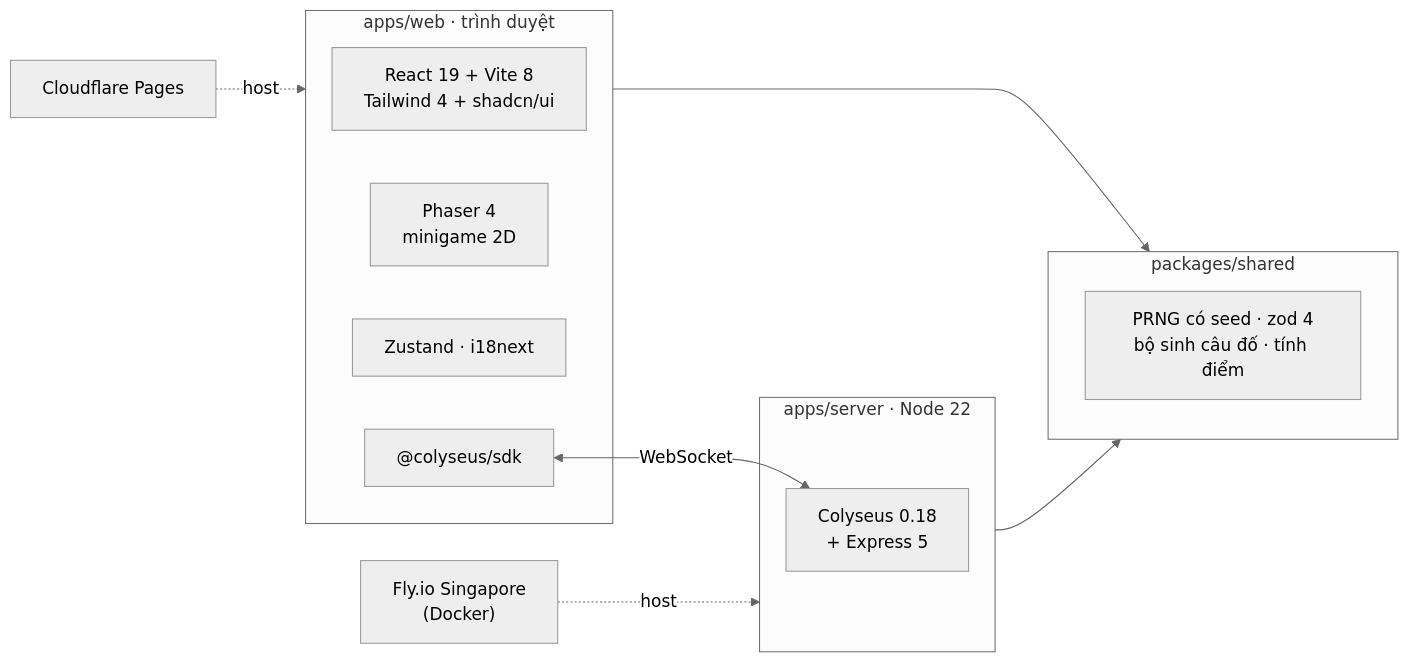
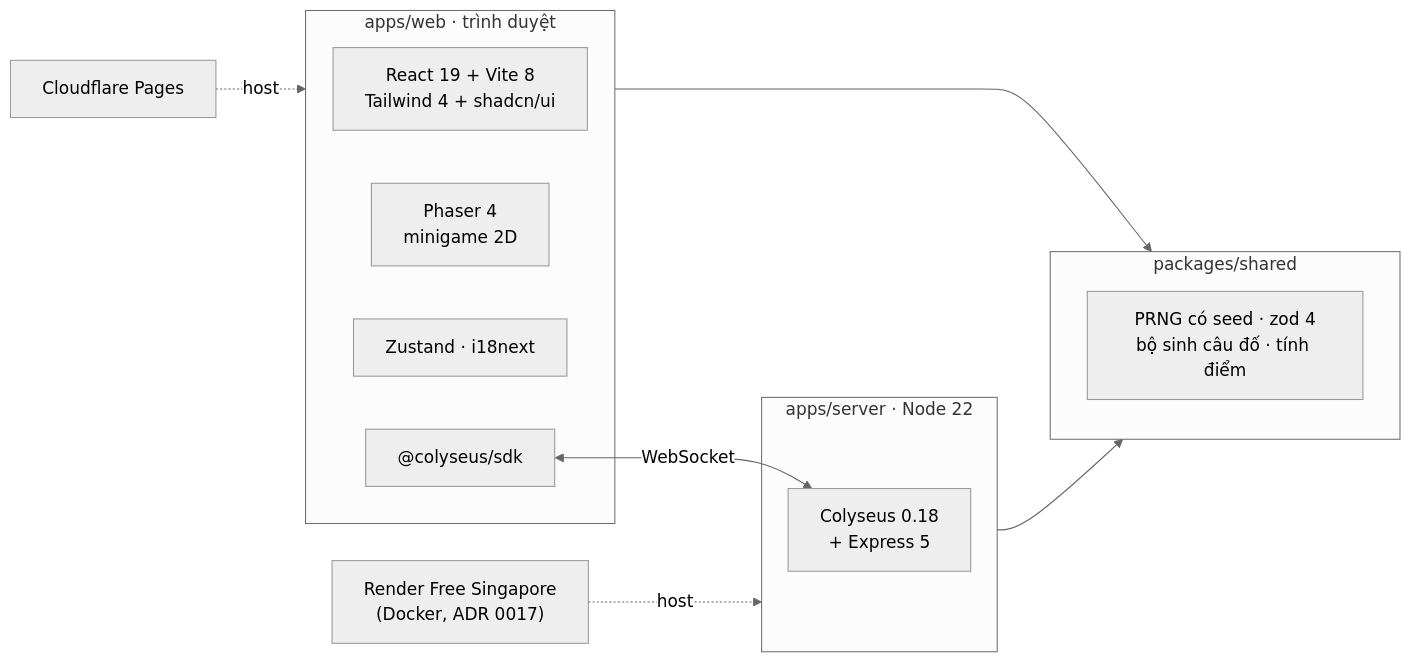
The diagram in docs/02-architecture/tech-stack.md (hungdinh-dev/brain-rizz), drawn with Mermaid (neutral theme) before and after one commit. The commit also changed other lines of this file and 8 other files, not shown here.

First line of the commit message:
chore(deploy): Blueprint Render Free cho game server, hướng dẫn deploy

````diff
--- a/docs/02-architecture/tech-stack.md
+++ b/docs/02-architecture/tech-stack.md
@@ -13,20 +13,20 @@
 ```mermaid
 flowchart LR
   subgraph web["apps/web · trình duyệt"]
     R["React 19 + Vite 8<br/>Tailwind 4 + shadcn/ui"]
     P["Phaser 4<br/>minigame 2D"]
     Z["Zustand · i18next"]
     SDK["@colyseus/sdk"]
   end
   subgraph shared["packages/shared"]
     S["PRNG có seed · zod 4<br/>bộ sinh câu đố · tính điểm"]
   end
   subgraph server["apps/server · Node 22"]
     C["Colyseus 0.18<br/>+ Express 5"]
   end
   SDK <-->|WebSocket| C
   web --> shared
   server --> shared
   CF["Cloudflare Pages"] -.->|host| web
-  FLY["Fly.io Singapore<br/>(Docker)"] -.->|host| server
+  RENDER["Render Free Singapore<br/>(Docker, ADR 0017)"] -.->|host| server
 ```
````
